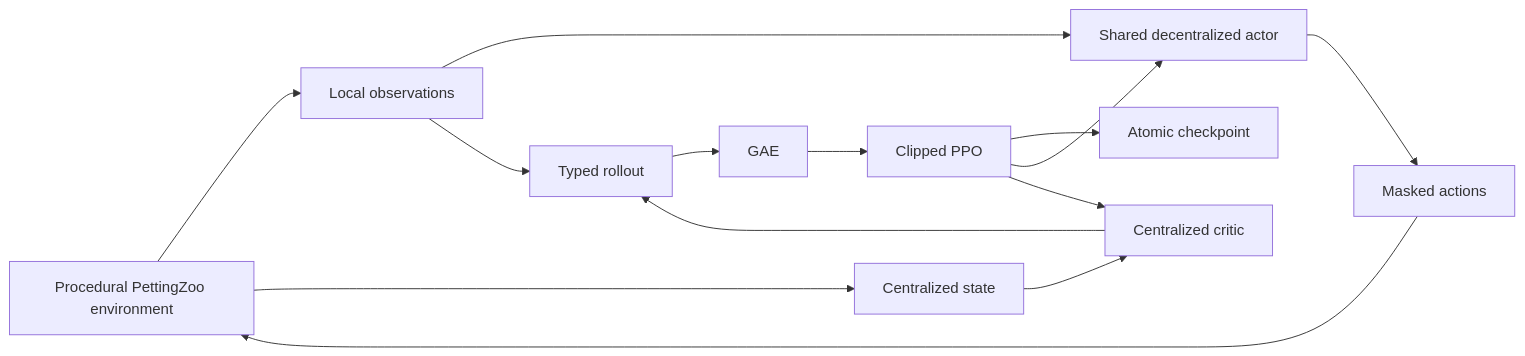
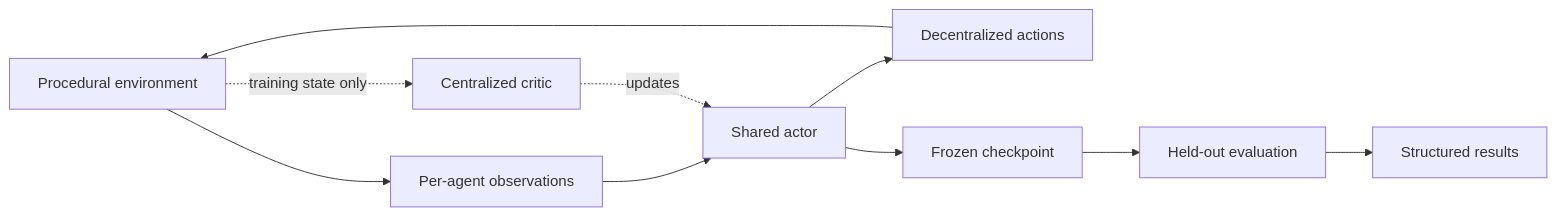
The first of 2 diagrams in README.md (hiteshkumarTech/KOVARA-9), drawn with Mermaid before and after one commit. The commit also changed other lines of this file and 35 other files, not shown here.

````diff
--- a/README.md
+++ b/README.md
@@ -94,16 +103,12 @@
 ```mermaid
 flowchart LR
-    ENV[Procedural PettingZoo environment] --> OBS[Local observations]
-    OBS --> ACTOR[Shared decentralized actor]
-    ACTOR --> ACTIONS[Masked actions]
-    ACTIONS --> ENV
-    ENV --> STATE[Centralized state]
-    STATE --> CRITIC[Centralized critic]
-    OBS --> ROLLOUT[Typed rollout]
-    CRITIC --> ROLLOUT
-    ROLLOUT --> GAE[GAE]
-    GAE --> PPO[Clipped PPO]
-    PPO --> CHECKPOINT[Atomic checkpoint]
-    PPO --> ACTOR
-    PPO --> CRITIC
+    E[Procedural environment] --> O[Per-agent observations]
+    O --> A[Shared actor]
+    A --> D[Decentralized actions]
+    D --> E
+    E -. training state only .-> C[Centralized critic]
+    C -. updates .-> A
+    A --> K[Frozen checkpoint]
+    K --> H[Held-out evaluation]
+    H --> R[Structured results]
 ```
````
